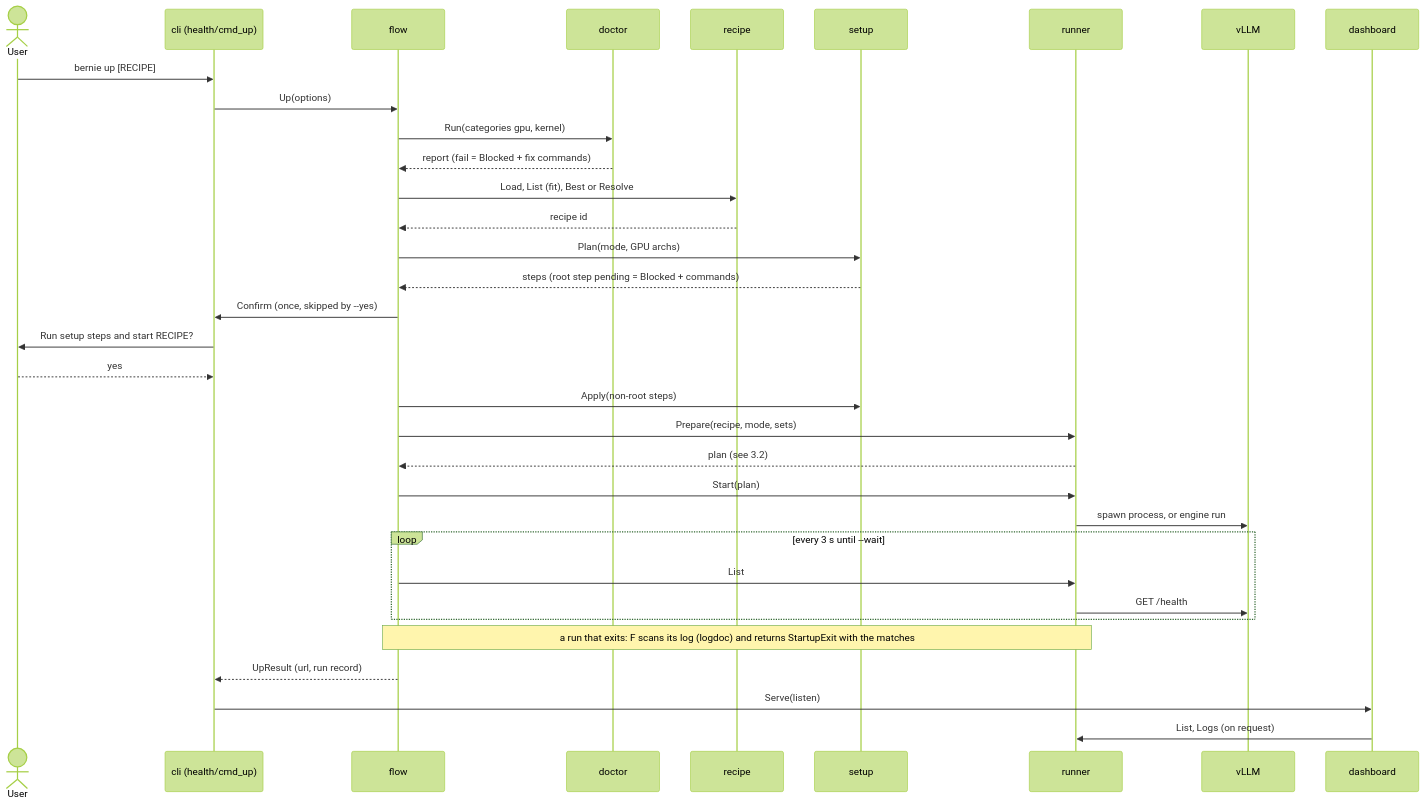
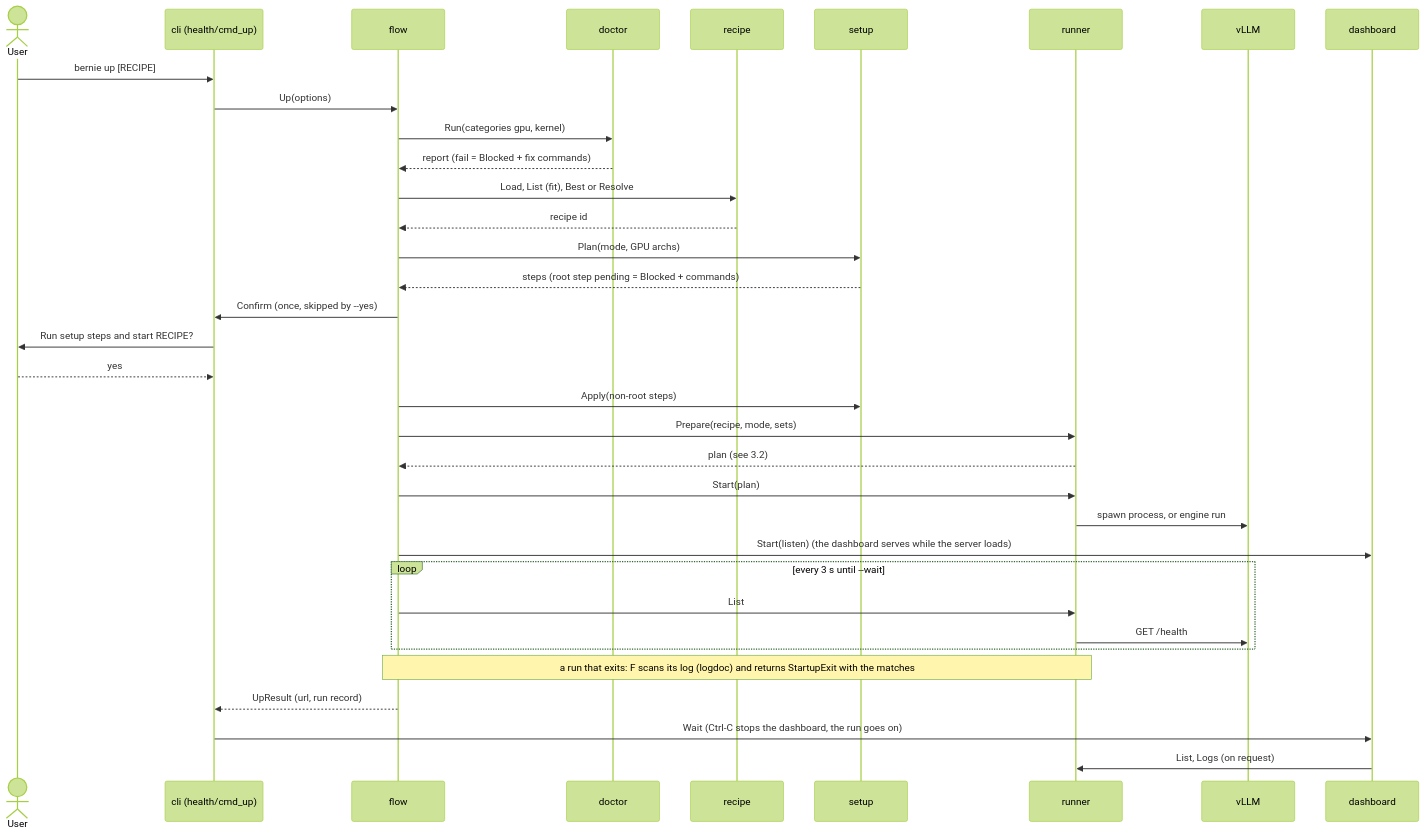
Before and after one commit to opengfx1030/bernie: the second of 6 diagrams in docs/architecture.md, drawn with Mermaid (forest theme). The commit also changed other lines of this file and 9 other files, not shown here.

First line of the commit message:
up: start the dashboard while the model loads

````diff
--- a/docs/architecture.md
+++ b/docs/architecture.md
@@ -181,36 +181,37 @@
 ```mermaid
 sequenceDiagram
   actor U as User
   participant C as cli (health/cmd_up)
   participant F as flow
   participant D as doctor
   participant R as recipe
   participant S as setup
   participant X as runner
   participant V as vLLM
   participant W as dashboard
   U->>C: bernie up [RECIPE]
   C->>F: Up(options)
   F->>D: Run(categories gpu, kernel)
   D-->>F: report (fail = Blocked + fix commands)
   F->>R: Load, List (fit), Best or Resolve
   R-->>F: recipe id
   F->>S: Plan(mode, GPU archs)
   S-->>F: steps (root step pending = Blocked + commands)
   F->>C: Confirm (once, skipped by --yes)
   C->>U: Run setup steps and start RECIPE?
   U-->>C: yes
   F->>S: Apply(non-root steps)
   F->>X: Prepare(recipe, mode, sets)
   X-->>F: plan (see 3.2)
   F->>X: Start(plan)
   X->>V: spawn process, or engine run
+  F->>W: Start(listen) (the dashboard serves while the server loads)
   loop every 3 s until --wait
     F->>X: List
     X->>V: GET /health
   end
   Note over F,X: a run that exits: F scans its log (logdoc) and returns StartupExit with the matches
   F-->>C: UpResult (url, run record)
-  C->>W: Serve(listen)
+  C->>W: Wait (Ctrl-C stops the dashboard, the run goes on)
   W->>X: List, Logs (on request)
 ```
````
